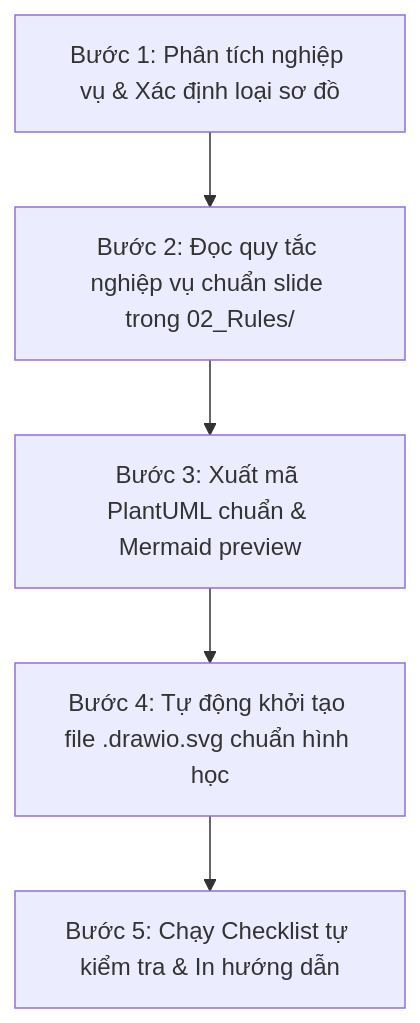
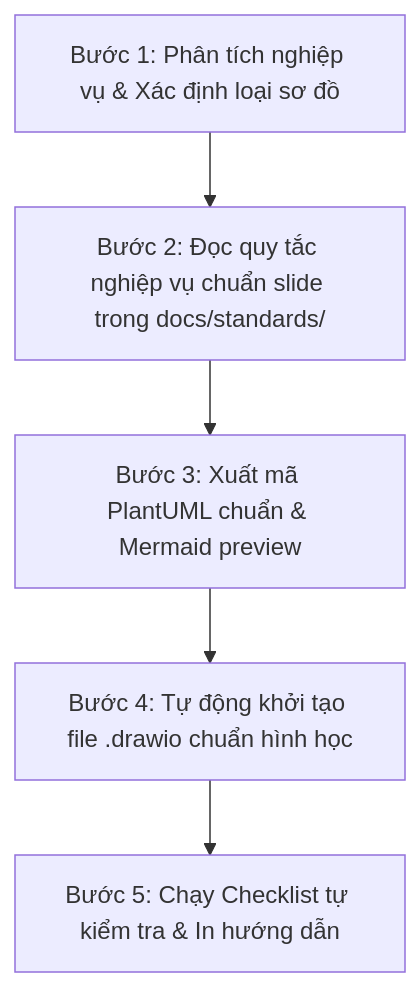
The diagram in .agents/skills/uml-designer/SKILL.md (YdtTran/software-engineerning), drawn with Mermaid before and after one commit. The commit also changed other lines of this file and 315 other files, not shown here.

````diff
--- a/.agents/skills/uml-designer/SKILL.md
+++ b/.agents/skills/uml-designer/SKILL.md
@@ -76,7 +76,7 @@
 ```mermaid
 flowchart TD
-    Step1["Bước 1: Phân tích nghiệp vụ & Xác định loại sơ đồ"] --> Step2["Bước 2: Đọc quy tắc nghiệp vụ chuẩn slide trong 02_Rules/"]
+    Step1["Bước 1: Phân tích nghiệp vụ & Xác định loại sơ đồ"] --> Step2["Bước 2: Đọc quy tắc nghiệp vụ chuẩn slide trong docs/standards/"]
     Step2 --> Step3["Bước 3: Xuất mã PlantUML chuẩn & Mermaid preview"]
-    Step3 --> Step4["Bước 4: Tự động khởi tạo file .drawio.svg chuẩn hình học"]
+    Step3 --> Step4["Bước 4: Tự động khởi tạo file .drawio chuẩn hình học"]
     Step4 --> Step5["Bước 5: Chạy Checklist tự kiểm tra & In hướng dẫn"]
 ```
````
